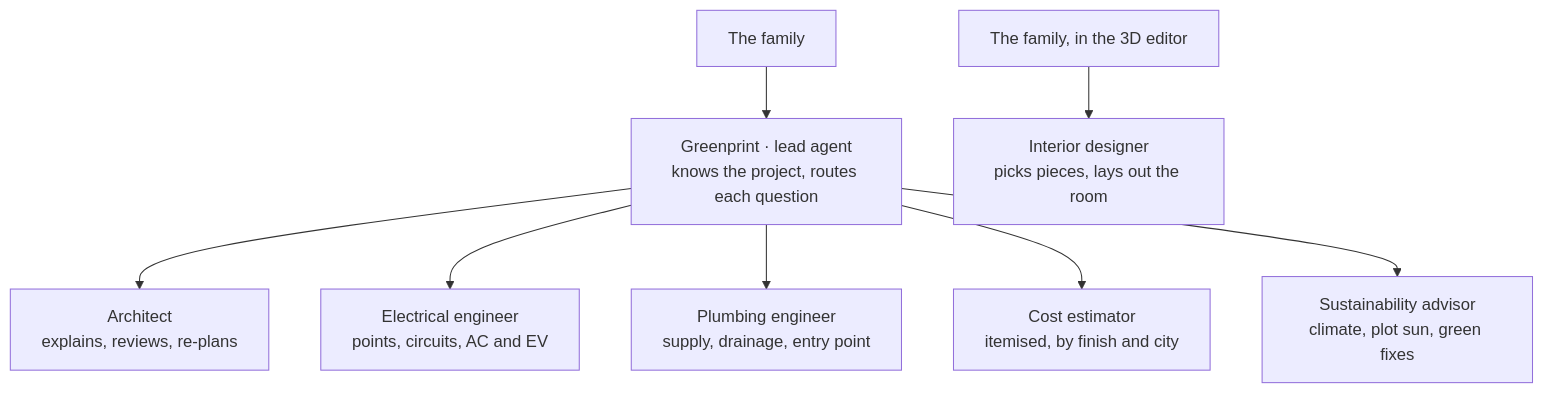
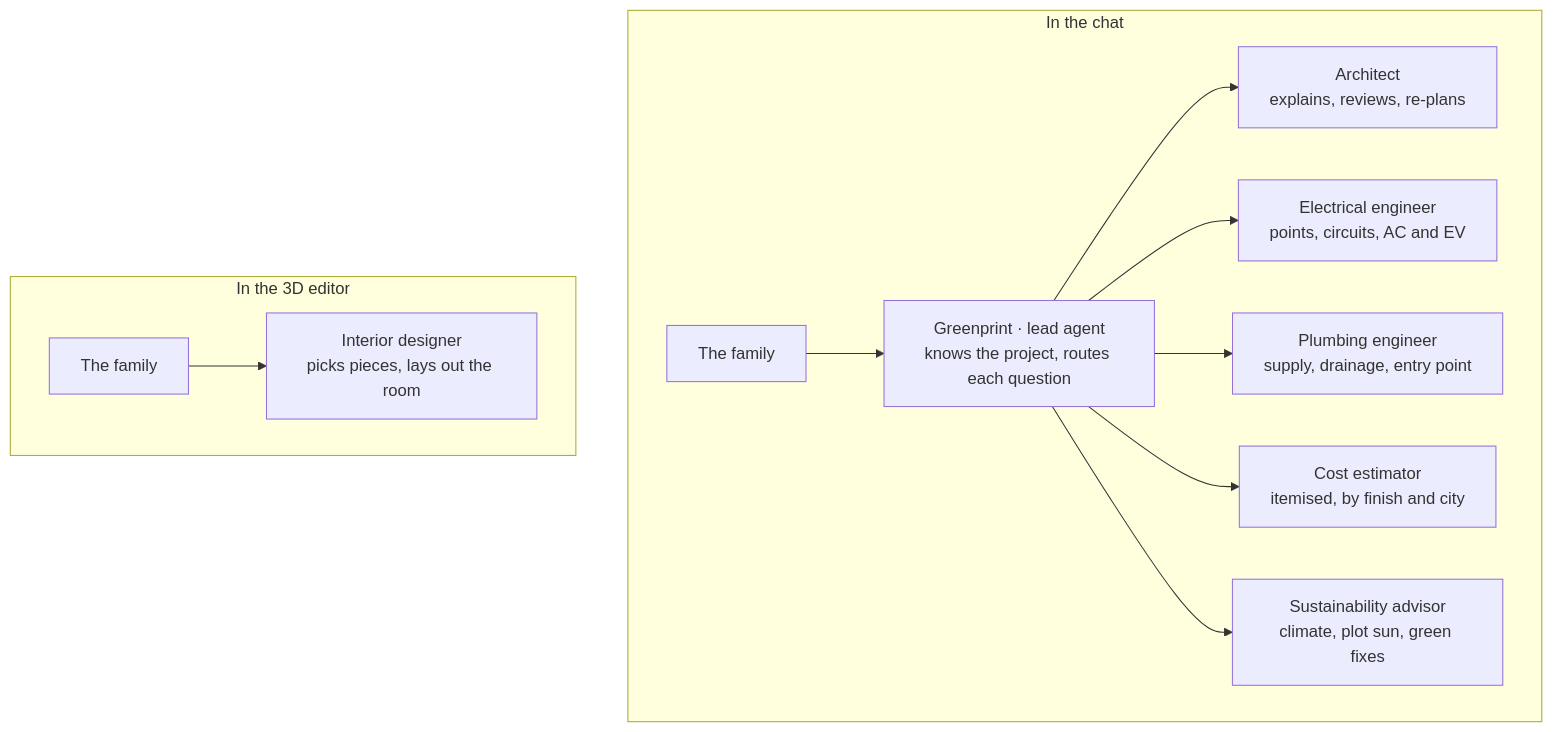
The second of 2 diagrams in README.md (Anandu-K-Balachandran-cogni/greenprint), drawn with Mermaid before and after one commit.

Commit message:
README: agent network diagram in two groups

````diff
--- a/README.md
+++ b/README.md
@@ -62,10 +62,14 @@
 ```mermaid
 flowchart TB
-  F[The family] --> L["Greenprint · lead agent<br/>knows the project, routes each question"]
-  L --> AR["Architect<br/>explains, reviews, re-plans"]
-  L --> EE["Electrical engineer<br/>points, circuits, AC and EV"]
-  L --> PE["Plumbing engineer<br/>supply, drainage, entry point"]
-  L --> CE["Cost estimator<br/>itemised, by finish and city"]
-  L --> SA["Sustainability advisor<br/>climate, plot sun, green fixes"]
-  X[The family, in the 3D editor] --> ID["Interior designer<br/>picks pieces, lays out the room"]
+  subgraph chat[In the chat]
+    F[The family] --> L["Greenprint · lead agent<br/>knows the project, routes each question"]
+    L --> AR["Architect<br/>explains, reviews, re-plans"]
+    L --> EE["Electrical engineer<br/>points, circuits, AC and EV"]
+    L --> PE["Plumbing engineer<br/>supply, drainage, entry point"]
+    L --> CE["Cost estimator<br/>itemised, by finish and city"]
+    L --> SA["Sustainability advisor<br/>climate, plot sun, green fixes"]
+  end
+  subgraph editor[In the 3D editor]
+    X[The family] --> ID["Interior designer<br/>picks pieces, lays out the room"]
+  end
 ```
````
